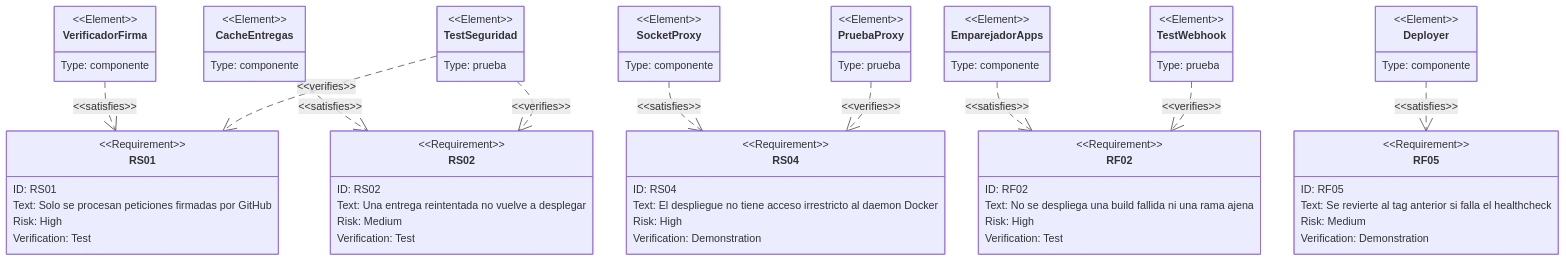
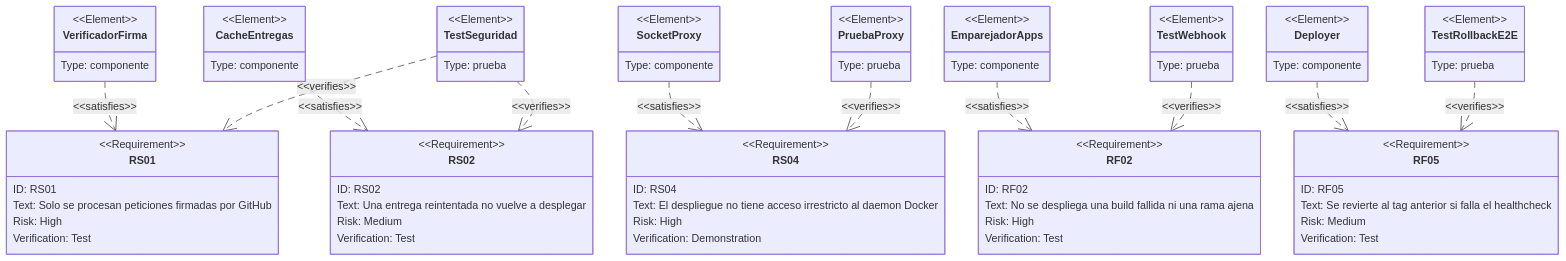
One commit to higerotech/despliegue-continuo changed the third of 5 diagrams in docs/01-requirements/despliegue-continuo-webhook.md. Above: the diagram before and after it, drawn with Mermaid. The commit also changed other lines of this file and 8 other files, not shown here.

First line of the commit message:
test: prueba de extremo a extremo del rollback contra Docker real (D-01)

````diff
--- a/docs/01-requirements/despliegue-continuo-webhook.md
+++ b/docs/01-requirements/despliegue-continuo-webhook.md
@@ -112,68 +112,72 @@
 ```mermaid
 requirementDiagram
     requirement RS01 {
       id: RS01
       text: Solo se procesan peticiones firmadas por GitHub
       risk: high
       verifymethod: test
     }
     requirement RS02 {
       id: RS02
       text: Una entrega reintentada no vuelve a desplegar
       risk: medium
       verifymethod: test
     }
     requirement RS04 {
       id: RS04
       text: El despliegue no tiene acceso irrestricto al daemon Docker
       risk: high
       verifymethod: demonstration
     }
     requirement RF02 {
       id: RF02
       text: No se despliega una build fallida ni una rama ajena
       risk: high
       verifymethod: test
     }
     requirement RF05 {
       id: RF05
       text: Se revierte al tag anterior si falla el healthcheck
       risk: medium
-      verifymethod: demonstration
+      verifymethod: test
     }
 
     element VerificadorFirma {
       type: "componente"
     }
     element CacheEntregas {
       type: "componente"
     }
     element SocketProxy {
       type: "componente"
     }
     element EmparejadorApps {
       type: "componente"
     }
     element Deployer {
       type: "componente"
     }
     element TestSeguridad {
       type: "prueba"
     }
     element TestWebhook {
       type: "prueba"
     }
     element PruebaProxy {
       type: "prueba"
     }
+    element TestRollbackE2E {
+      type: "prueba"
+    }
 
     VerificadorFirma - satisfies -> RS01
     CacheEntregas - satisfies -> RS02
     SocketProxy - satisfies -> RS04
     EmparejadorApps - satisfies -> RF02
     Deployer - satisfies -> RF05
     TestSeguridad - verifies -> RS01
     TestSeguridad - verifies -> RS02
     TestWebhook - verifies -> RF02
     PruebaProxy - verifies -> RS04
+    TestRollbackE2E - verifies -> RF05
 ```
````
